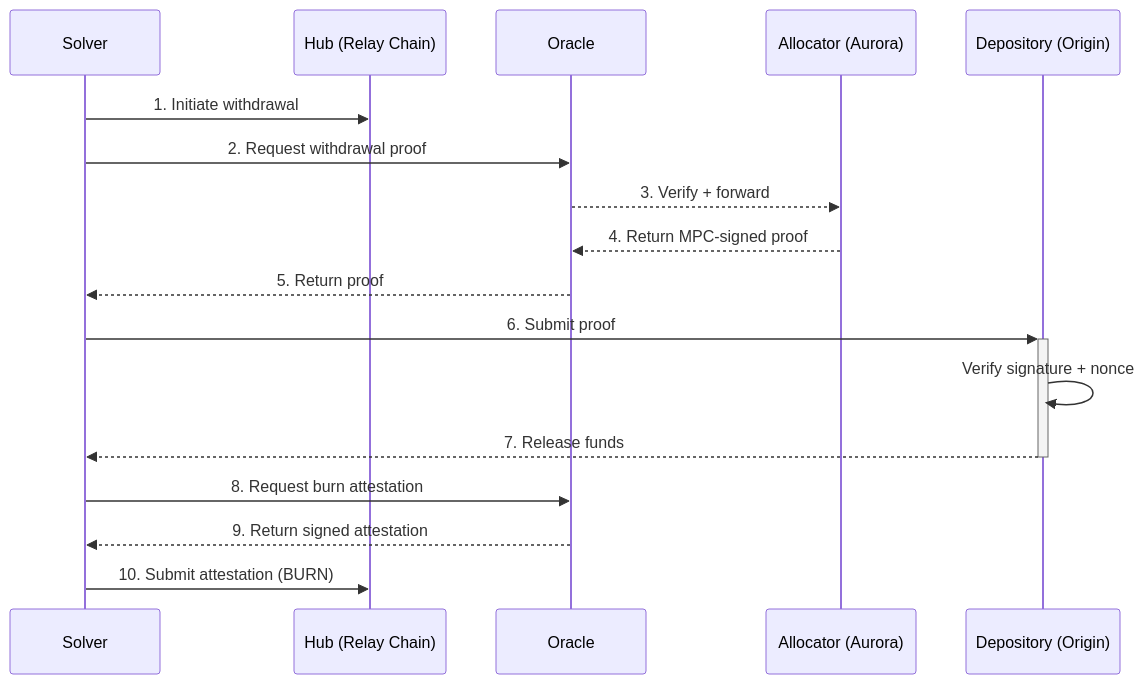
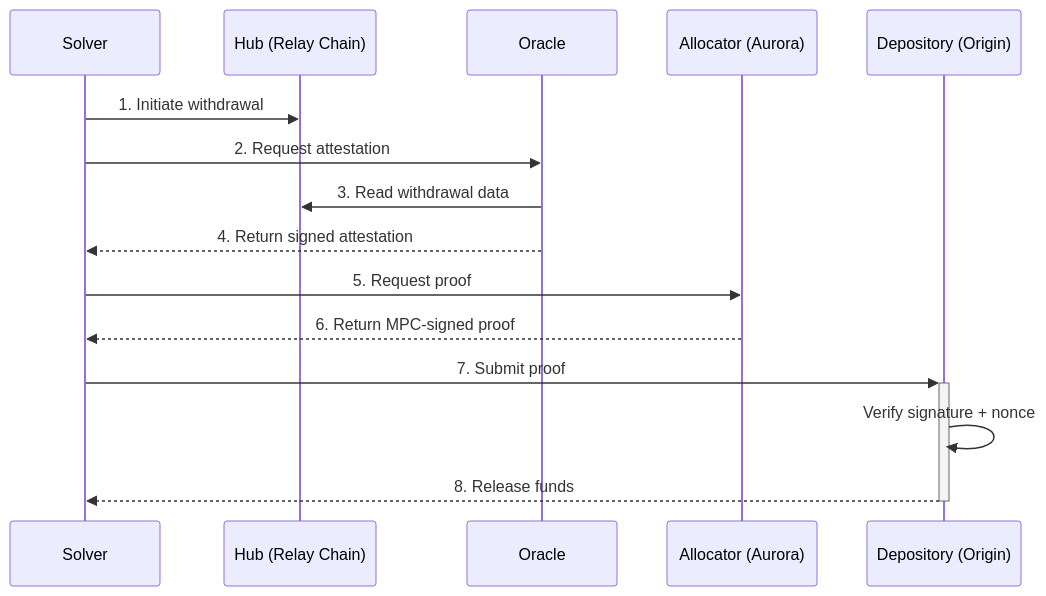
One commit to relayprotocol/relay-docs changed the fourth of 7 diagrams in references/protocol/how-it-works.mdx. Above: the diagram before and after it, drawn with Mermaid. The commit also changed other lines of this file and 3 other files, not shown here.

First line of the commit message:
Add refunds to architecture page, contract addresses, and security cleanup

````diff
--- a/references/protocol/how-it-works.mdx
+++ b/references/protocol/how-it-works.mdx
@@ -126,20 +130,18 @@
 ```mermaid
 sequenceDiagram
     participant Solver
     participant Hub as Hub (Relay Chain)
     participant Oracle
     participant Allocator as Allocator (Aurora)
     participant Depository as Depository (Origin)
 
     Solver->>Hub: 1. Initiate withdrawal
-    Solver->>Oracle: 2. Request withdrawal proof
-    Oracle-->>Allocator: 3. Verify + forward
-    Allocator-->>Oracle: 4. Return MPC-signed proof
-    Oracle-->>Solver: 5. Return proof
-    Solver->>+Depository: 6. Submit proof
+    Solver->>Oracle: 2. Request attestation
+    Oracle->>Hub: 3. Read withdrawal data
+    Oracle-->>Solver: 4. Return signed attestation
+    Solver->>Allocator: 5. Request proof
+    Allocator-->>Solver: 6. Return MPC-signed proof
+    Solver->>+Depository: 7. Submit proof
     Depository->>Depository: Verify signature + nonce
-    Depository-->>-Solver: 7. Release funds
-    Solver->>Oracle: 8. Request burn attestation
-    Oracle-->>Solver: 9. Return signed attestation
-    Solver->>Hub: 10. Submit attestation (BURN)
+    Depository-->>-Solver: 8. Release funds
 ```
````
